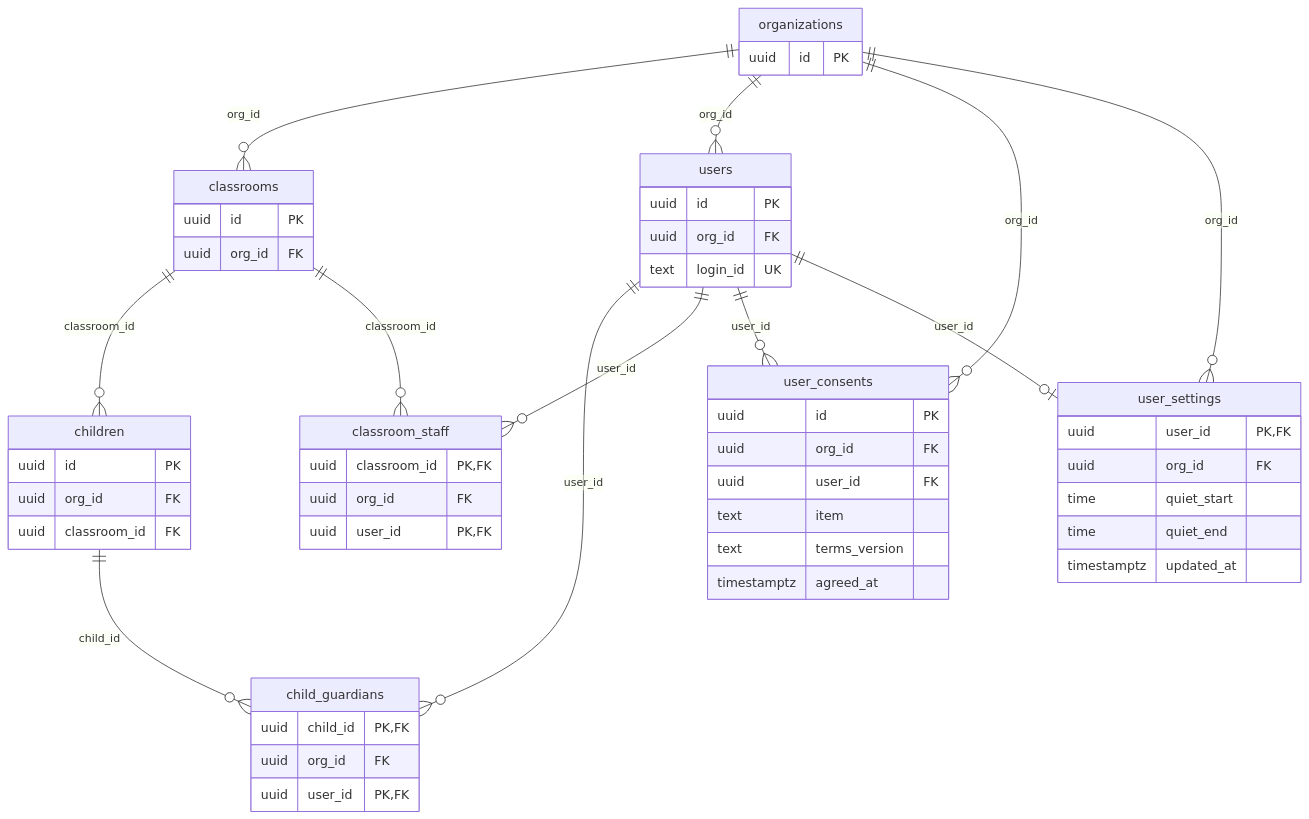
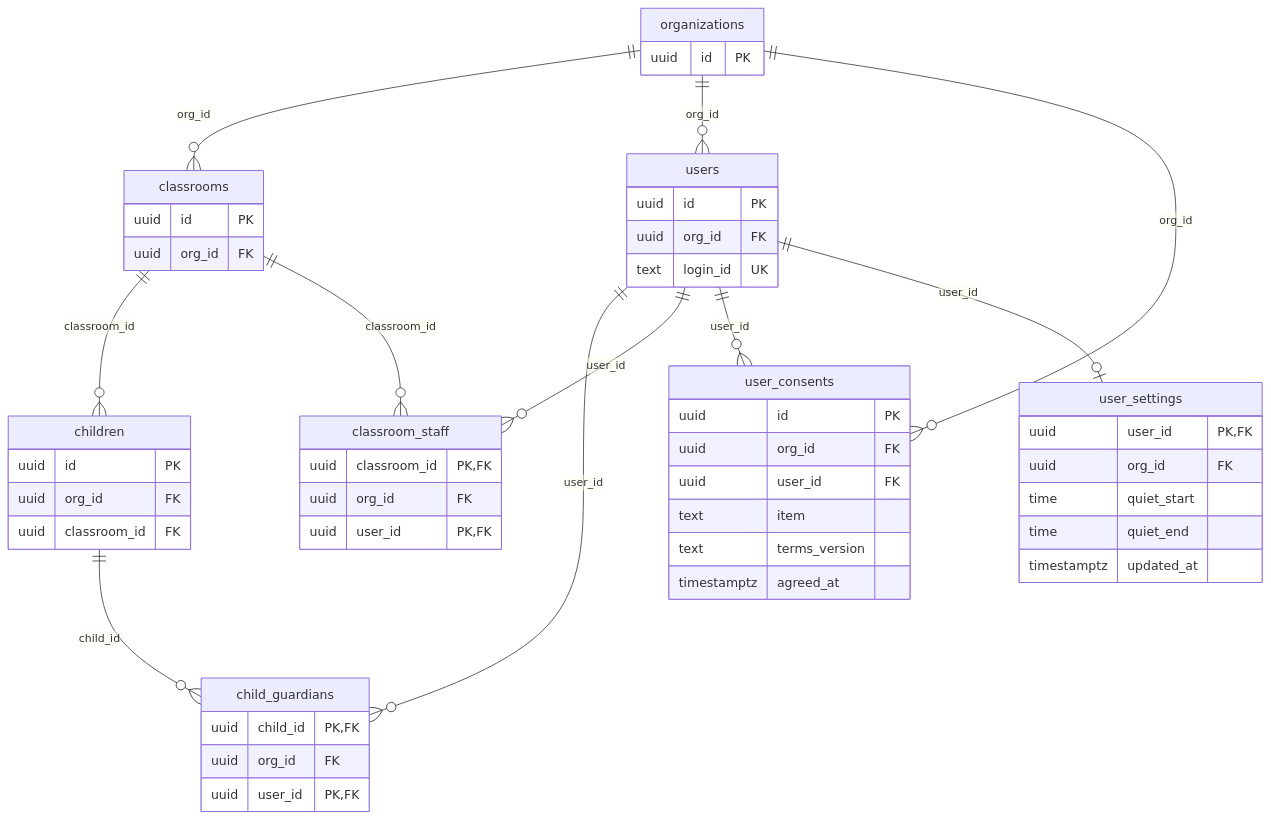
Before and after one commit to aio-final-2team/FinalProject_2Team: the first of 6 diagrams in Docs/Step2/DB_스키마_설계서.md, drawn with Mermaid. The commit also changed other lines of this file and 7 other files, not shown here.

````diff
--- a/Docs/Step2/DB_스키마_설계서.md
+++ b/Docs/Step2/DB_스키마_설계서.md
@@ -63,22 +63,21 @@
 ```mermaid
 erDiagram
     organizations { uuid id PK }
     classrooms { uuid id PK uuid org_id FK }
     users { uuid id PK uuid org_id FK text login_id UK }
     user_consents { uuid id PK uuid org_id FK uuid user_id FK text item text terms_version timestamptz agreed_at }
     user_settings { uuid user_id PK, FK uuid org_id FK time quiet_start time quiet_end timestamptz updated_at }
     classroom_staff { uuid classroom_id PK, FK uuid org_id FK uuid user_id PK, FK }
     children { uuid id PK uuid org_id FK uuid classroom_id FK }
     child_guardians { uuid child_id PK, FK uuid org_id FK uuid user_id PK, FK }
     children ||--o{ child_guardians : "child_id"
     users ||--o{ child_guardians : "user_id"
     classrooms ||--o{ children : "classroom_id"
     organizations ||--o{ classrooms : "org_id"
     classrooms ||--o{ classroom_staff : "classroom_id"
     users ||--o{ classroom_staff : "user_id"
     organizations ||--o{ users : "org_id"
     organizations ||--o{ user_consents : "org_id"
     users ||--o{ user_consents : "user_id"
     users ||--o| user_settings : "user_id"
-    organizations ||--o{ user_settings : "org_id"
 ```
````
